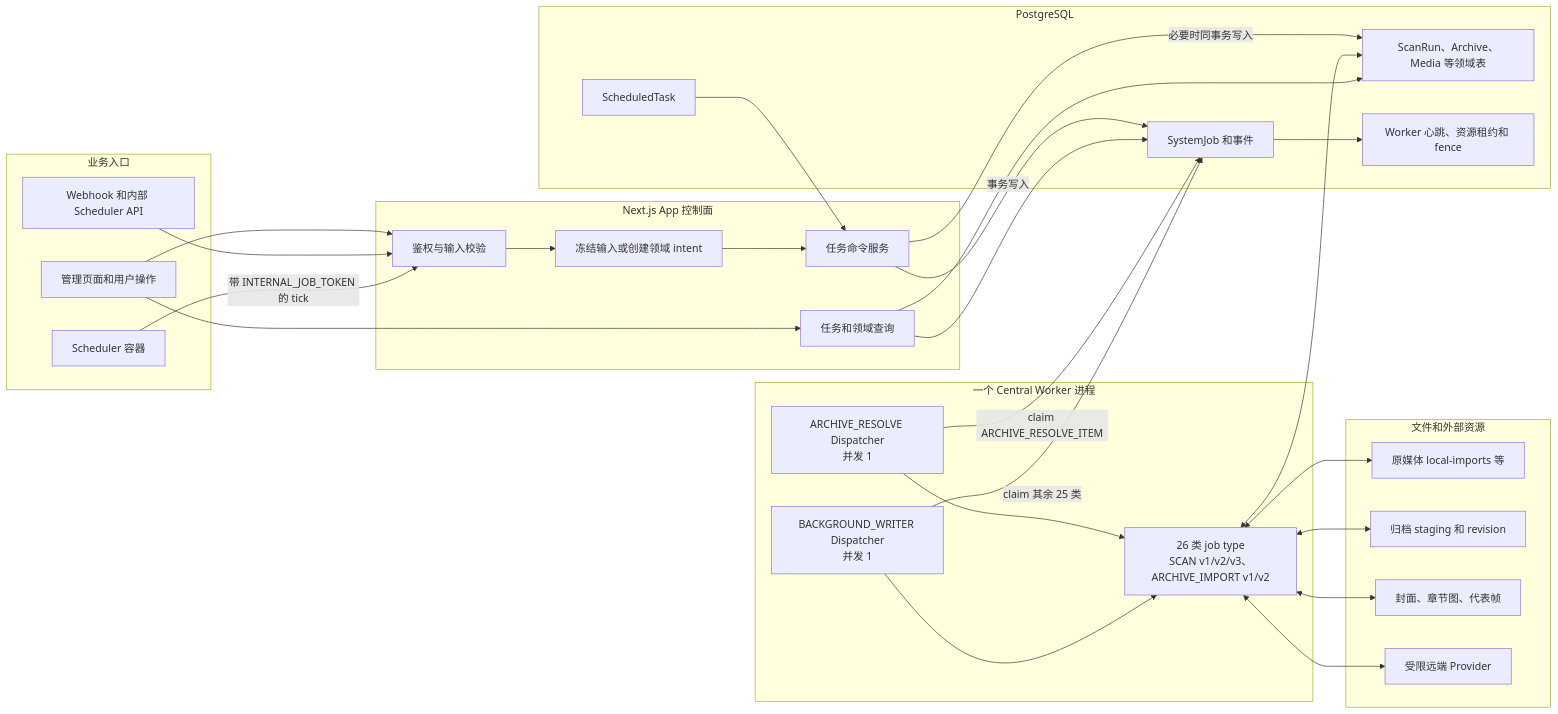
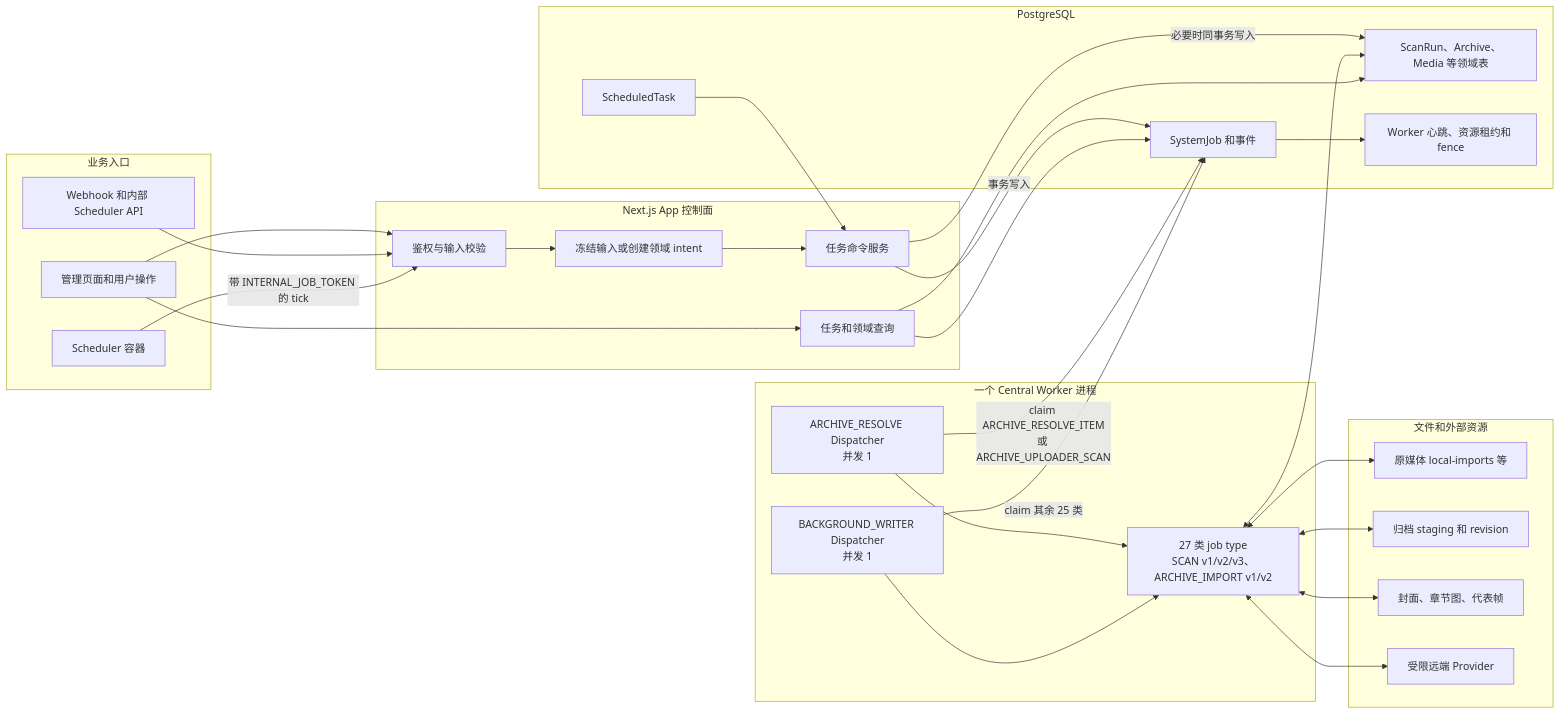
Before and after one commit to namehu/PixiShelf: the first of 12 diagrams in docs/architecture/background-job-business-flows.md, drawn with Mermaid. The commit also changed other lines of this file and 55 other files, not shown here.

First line of the commit message:
feat(archive-uploader): 新增 E-Hentai 上传者人工扫描功能

````diff
--- a/docs/architecture/background-job-business-flows.md
+++ b/docs/architecture/background-job-business-flows.md
@@ -50,56 +50,56 @@
 ```mermaid
 flowchart LR
   subgraph Entry[业务入口]
     UI[管理页面和用户操作]
     API[Webhook 和内部 Scheduler API]
     SCH[Scheduler 容器]
   end
 
   subgraph App[Next.js App 控制面]
     AUTH[鉴权与输入校验]
     SNAP[冻结输入或创建领域 intent]
     CMD[任务命令服务]
     READ[任务和领域查询]
   end
 
   subgraph DB[PostgreSQL]
     TASK[ScheduledTask]
     JOB[SystemJob 和事件]
     DOMAIN[ScanRun、Archive、Media 等领域表]
     LEASE[Worker 心跳、资源租约和 fence]
   end
 
   subgraph Worker[一个 Central Worker 进程]
     RESOLVE[ARCHIVE_RESOLVE Dispatcher\n并发 1]
     WRITER[BACKGROUND_WRITER Dispatcher\n并发 1]
-    EXEC[26 类 job type\nSCAN v1/v2/v3、ARCHIVE_IMPORT v1/v2]
+    EXEC[27 类 job type\nSCAN v1/v2/v3、ARCHIVE_IMPORT v1/v2]
   end
 
   subgraph Storage[文件和外部资源]
     SOURCE[原媒体 local-imports 等]
     ARCHIVE[归档 staging 和 revision]
     DERIVED[封面、章节图、代表帧]
     REMOTE[受限远端 Provider]
   end
 
   UI --> AUTH
   API --> AUTH
   SCH -->|带 INTERNAL_JOB_TOKEN 的 tick| AUTH
   AUTH --> SNAP --> CMD
   TASK --> CMD
   CMD -->|事务写入| JOB
   CMD -->|必要时同事务写入| DOMAIN
-  RESOLVE -->|claim ARCHIVE_RESOLVE_ITEM| JOB
+  RESOLVE -->|claim ARCHIVE_RESOLVE_ITEM\n或 ARCHIVE_UPLOADER_SCAN| JOB
   WRITER -->|claim 其余 25 类| JOB
   JOB --> LEASE
   RESOLVE --> EXEC
   WRITER --> EXEC
   EXEC <--> DOMAIN
   EXEC <--> SOURCE
   EXEC <--> ARCHIVE
   EXEC <--> DERIVED
   EXEC <--> REMOTE
   READ --> JOB
   READ --> DOMAIN
   UI --> READ
 ```
````
